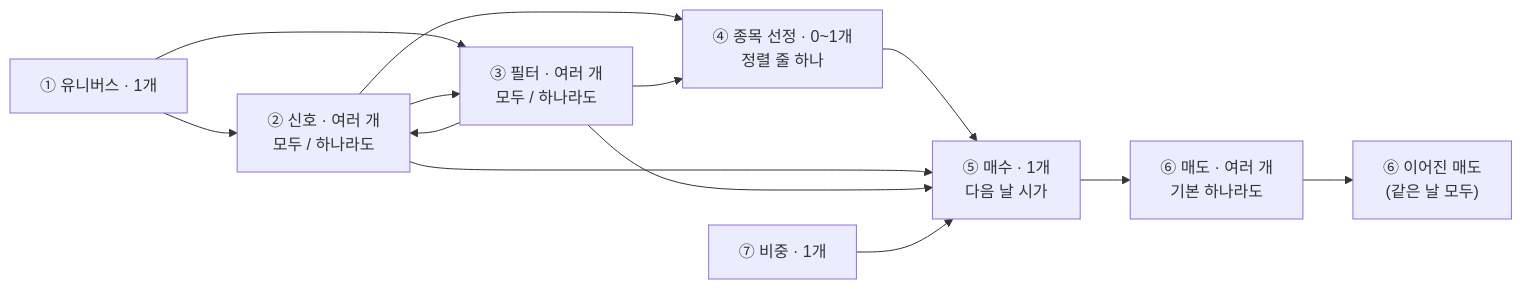
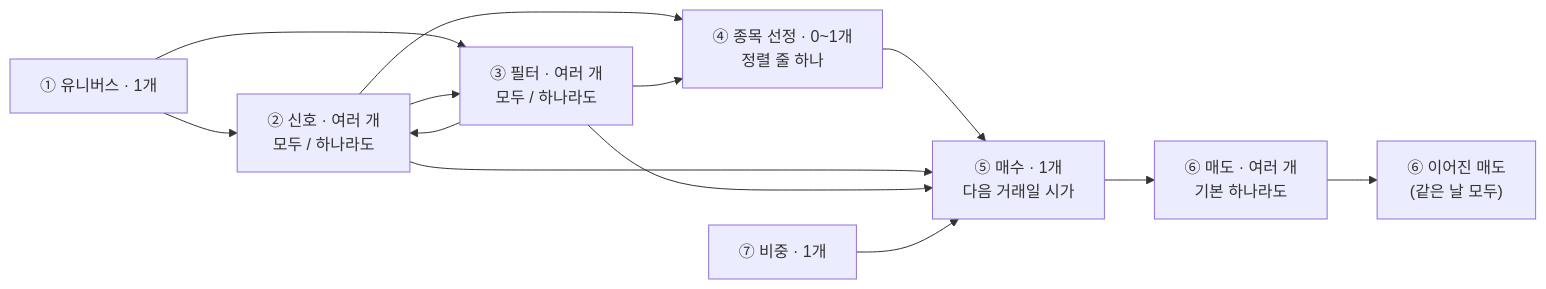
The diagram in product/service/ENGINE-RULES.md (junsangyooo/quant-dashboard), drawn with Mermaid before and after one commit. The commit also changed other lines of this file and 316 other files, not shown here.

````diff
--- a/product/service/ENGINE-RULES.md
+++ b/product/service/ENGINE-RULES.md
@@ -11,15 +11,15 @@
 ```mermaid
 flowchart LR
   U["① 유니버스 · 1개"] --> S["② 신호 · 여러 개<br/>모두 / 하나라도"]
   U --> F["③ 필터 · 여러 개<br/>모두 / 하나라도"]
   S --> F
   F --> S
   S --> P["④ 종목 선정 · 0~1개<br/>정렬 줄 하나"]
   F --> P
-  P --> B["⑤ 매수 · 1개<br/>다음 날 시가"]
+  P --> B["⑤ 매수 · 1개<br/>다음 거래일 시가"]
   S --> B
   F --> B
   W["⑦ 비중 · 1개"] --> B
   B --> X["⑥ 매도 · 여러 개<br/>기본 하나라도"]
   X --> X2["⑥ 이어진 매도<br/>(같은 날 모두)"]
 ```
````
